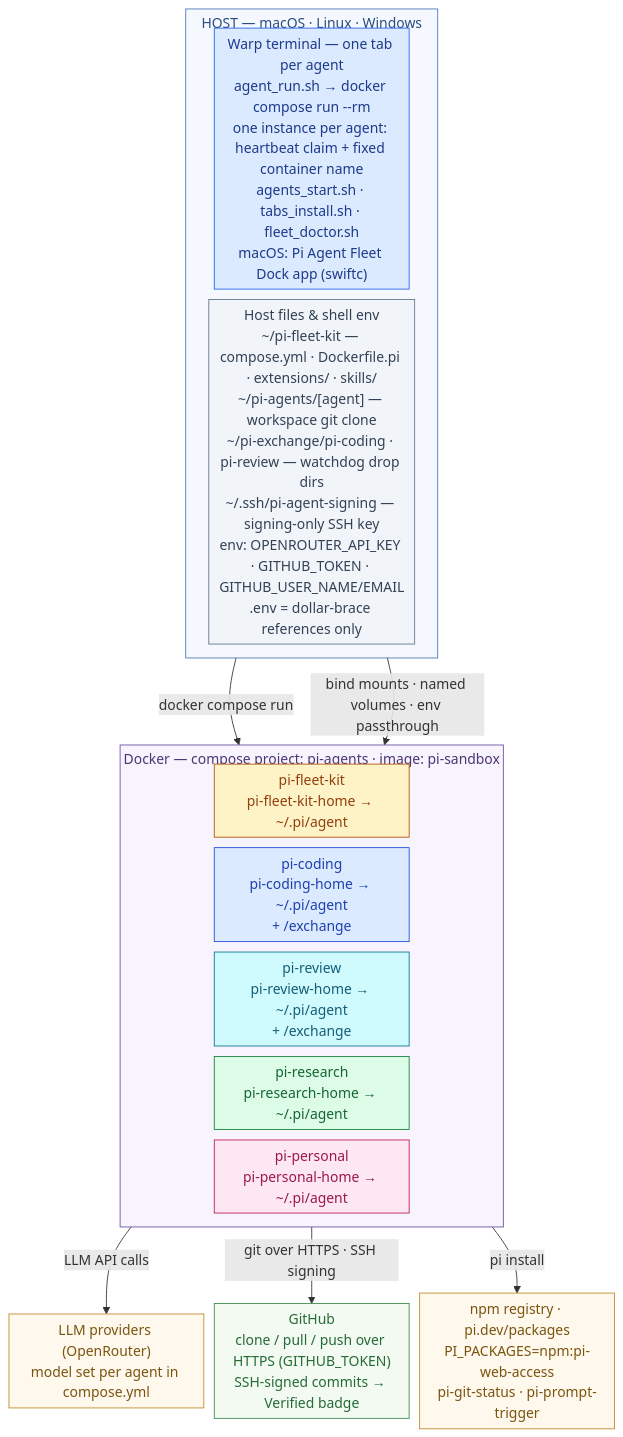
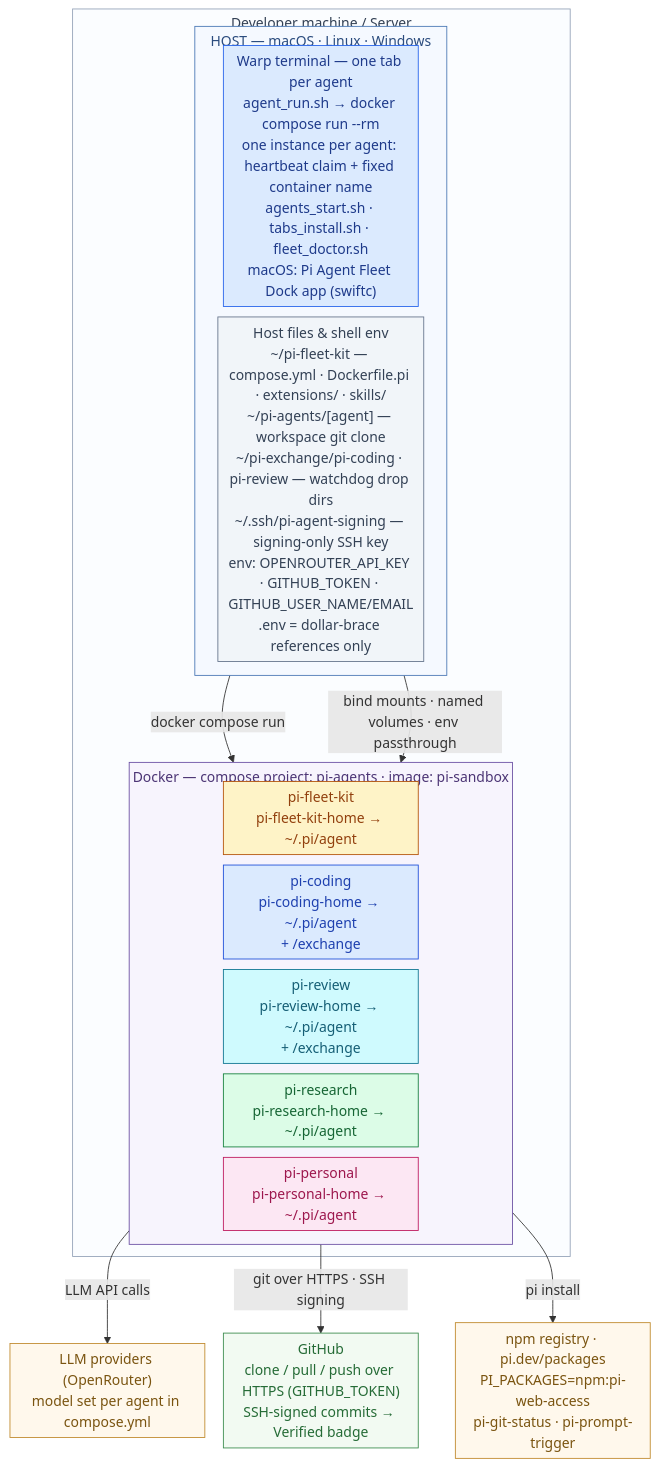
One commit to didier-durand/pi-fleet-kit changed the diagram in README.md. Above: the diagram before and after it, drawn with Mermaid.

Commit message:
Diagram: wrap host and docker layers in a 'Developer machine / Server' box

````diff
--- a/README.md
+++ b/README.md
@@ -99,47 +99,50 @@
 ```mermaid
 %%{init: {"flowchart": {"nodeSpacing": 12, "rankSpacing": 28, "padding": 6, "diagramPadding": 8, "subGraphTitleMargin": {"top": 4, "bottom": 2}}}}%%
 flowchart TB
-  subgraph HOST["HOST — macOS · Linux · Windows"]
+  subgraph MACHINE["Developer machine / Server"]
+    subgraph HOST["HOST — macOS · Linux · Windows"]
     direction LR
     WARP["Warp terminal — one tab per agent<br/>agent_run.sh → docker compose run --rm<br/>one instance per agent: heartbeat claim + fixed container name<br/>agents_start.sh · tabs_install.sh · fleet_doctor.sh<br/>macOS: Pi Agent Fleet Dock app (swiftc)"]
     FILES["Host files & shell env<br/>~/pi-fleet-kit — compose.yml · Dockerfile.pi · extensions/ · skills/<br/>~/pi-agents/[agent] — workspace git clone<br/>~/pi-exchange/pi-coding · pi-review — watchdog drop dirs<br/>~/.ssh/pi-agent-signing — signing-only SSH key<br/>env: OPENROUTER_API_KEY · GITHUB_TOKEN · GITHUB_USER_NAME/EMAIL<br/>.env = dollar-brace references only"]
   end
   subgraph DOCKER["Docker — compose project: pi-agents · image: pi-sandbox"]
     direction LR
     FLEET["pi-fleet-kit<br/>pi-fleet-kit-home → ~/.pi/agent"]
     CODING["pi-coding<br/>pi-coding-home → ~/.pi/agent<br/>+ /exchange"]
     REVIEW["pi-review<br/>pi-review-home → ~/.pi/agent<br/>+ /exchange"]
     RESEARCH["pi-research<br/>pi-research-home → ~/.pi/agent"]
     PERSONAL["pi-personal<br/>pi-personal-home → ~/.pi/agent"]
+  end
   end
   LLM["LLM providers (OpenRouter)<br/>model set per agent in compose.yml"]
   GH["GitHub<br/>clone / pull / push over HTTPS (GITHUB_TOKEN)<br/>SSH-signed commits → Verified badge"]
   NPM["npm registry · pi.dev/packages<br/>PI_PACKAGES=npm:pi-web-access<br/>pi-git-status · pi-prompt-trigger"]
   WARP -->|"docker compose run"| DOCKER
   FILES -->|"bind mounts · named volumes · env passthrough"| DOCKER
   DOCKER -->|"LLM API calls"| LLM
   DOCKER -->|"git over HTTPS · SSH signing"| GH
   DOCKER -->|"pi install"| NPM
   classDef warp fill:#DBEAFE,stroke:#2563EB,color:#1E3A8A
   classDef files fill:#F1F5F9,stroke:#64748B,color:#334155
   classDef yellow fill:#FEF3C7,stroke:#B45309,color:#92400E
   classDef blue fill:#DBEAFE,stroke:#1D4ED8,color:#1E40AF
   classDef cyan fill:#CFFAFE,stroke:#0E7490,color:#155E75
   classDef green fill:#DCFCE7,stroke:#15803D,color:#166534
   classDef magenta fill:#FCE7F3,stroke:#BE185D,color:#9D174D
   classDef llm fill:#FFF8EC,stroke:#C08A2D,color:#7A5410
   classDef gh fill:#F2FAF2,stroke:#3C8C4E,color:#256B36
   classDef npm fill:#FFF8EC,stroke:#C08A2D,color:#7A5410
   class WARP warp
   class FILES files
   class FLEET yellow
   class CODING blue
   class REVIEW cyan
   class RESEARCH green
   class PERSONAL magenta
   class LLM llm
   class GH gh
   class NPM npm
   style HOST fill:#F5F9FF,stroke:#4A78B5,color:#2B4C7E
   style DOCKER fill:#F7F4FD,stroke:#6A4FA3,color:#4C3575
+  style MACHINE fill:#FBFDFF,stroke:#94A3B8,color:#334155
 ```
````
